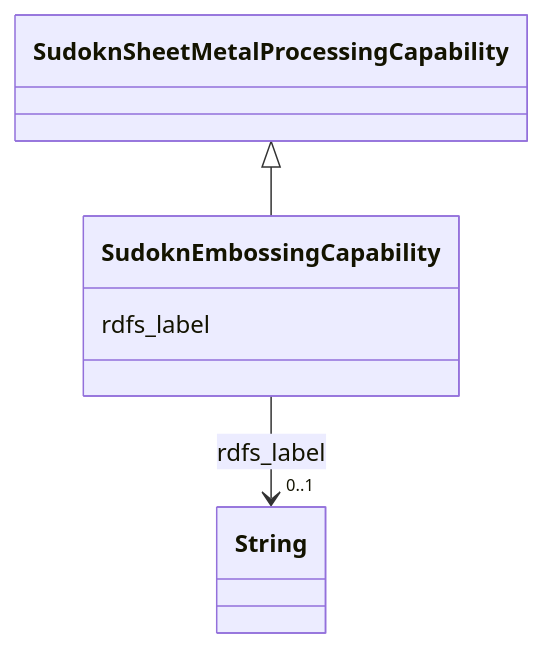
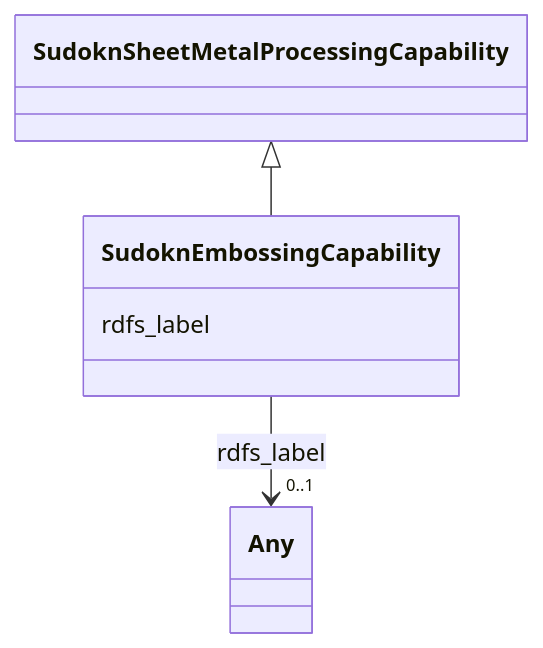
One commit to frink-okn/graph-descriptions changed the diagram in sudokn-kg/classes/SudoknEmbossingCapability.md. Above: the diagram before and after it, drawn with Mermaid. The commit also changed other lines of this file and 903 other files, not shown here.

````diff
--- a/sudokn-kg/classes/SudoknEmbossingCapability.md
+++ b/sudokn-kg/classes/SudoknEmbossingCapability.md
@@ -23,18 +18,18 @@
 ```mermaid
  classDiagram
     class SudoknEmbossingCapability
     click SudoknEmbossingCapability href "../SudoknEmbossingCapability"
       SudoknSheetMetalProcessingCapability <|-- SudoknEmbossingCapability
         click SudoknSheetMetalProcessingCapability href "../SudoknSheetMetalProcessingCapability"
       
       SudoknEmbossingCapability : rdfs_label
         
           
     
     
-    SudoknEmbossingCapability --> "0..1" String : rdfs_label
-    click String href "../String"
+    SudoknEmbossingCapability --> "0..1" Any : rdfs_label
+    click Any href "../Any"
 
         
       
 ```
````
